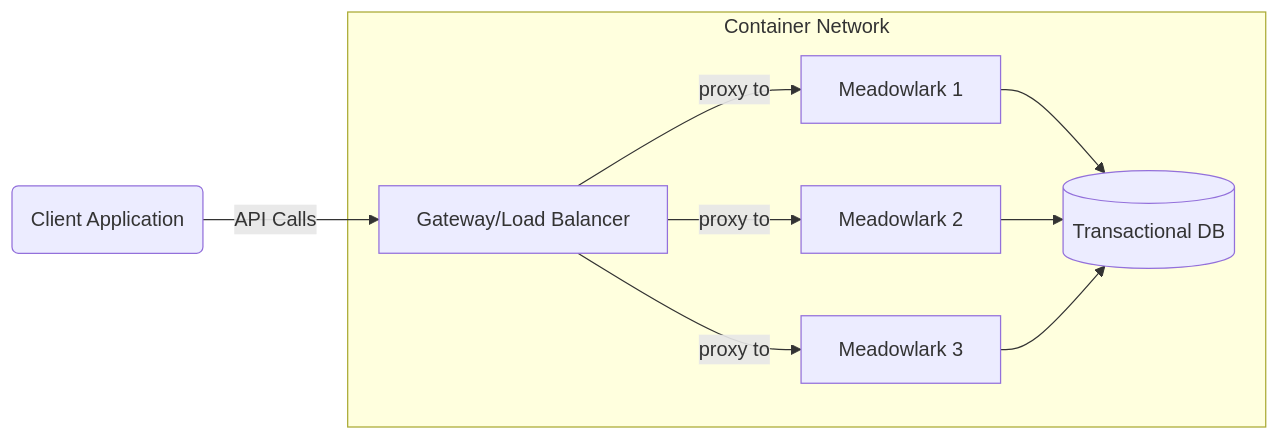
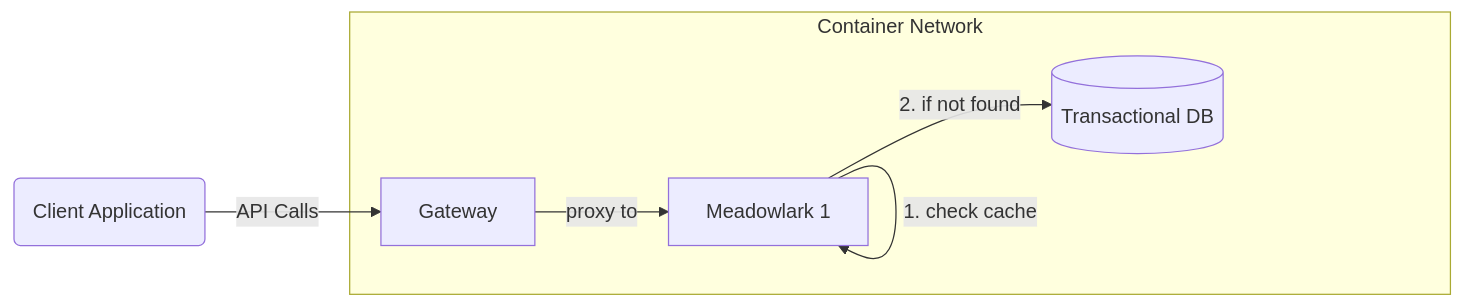
One commit to Ed-Fi-Exchange-OSS/Meadowlark changed the first of 4 diagrams in docs/design/caching/README.md. Above: the diagram before and after it, drawn with Mermaid. The commit also changed other lines of this file, not shown here.

````diff
--- a/docs/design/caching/README.md
+++ b/docs/design/caching/README.md
@@ -96,18 +98,15 @@
 ```mermaid
 flowchart LR
-    A(Client Application) -->|API Calls| B[Gateway/Load Balancer]
+    A(Client Application) -->|API Calls| B[Gateway]
     B -->|proxy to| C[Meadowlark 1]
-    B -->|proxy to| D[Meadowlark 2]
-    B -->|proxy to| E[Meadowlark 3]
-    C --> F[(Transactional DB)]
-    D --> F[(Transactional DB)]
-    E --> F[(Transactional DB)]
+
+    C-->|1. check cache| C
+
+    C -->|2. if not found| F[(Transactional DB)]
 
     subgraph Container Network
         B
         C
-        D
-        E
         F
     end
 ```
````
